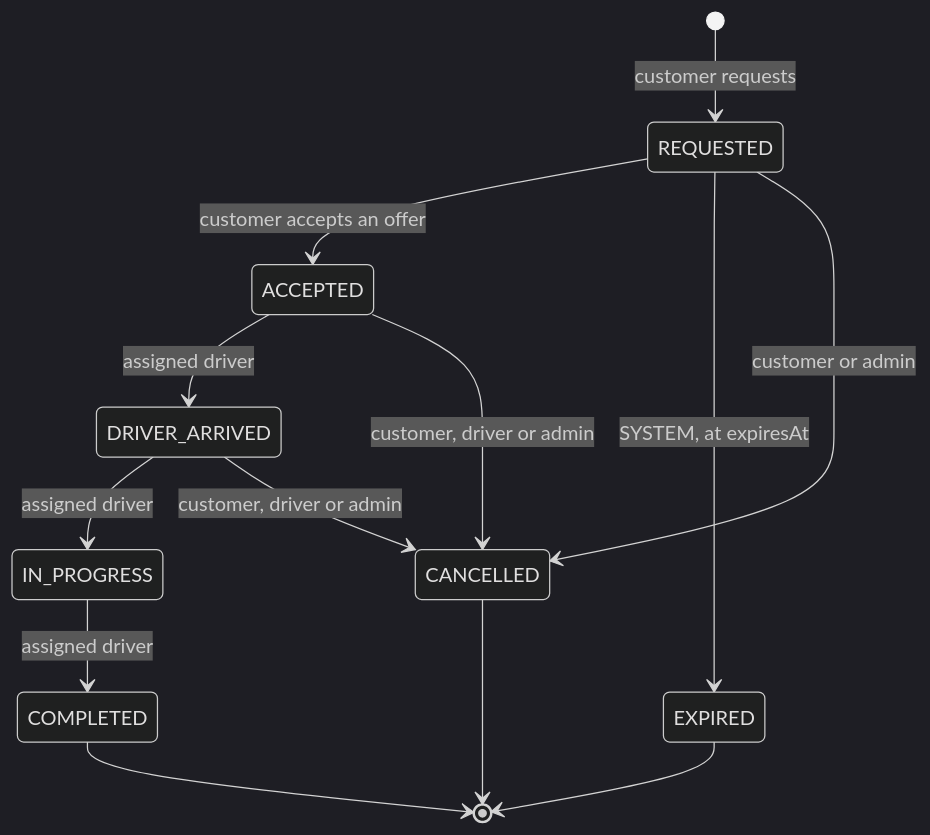
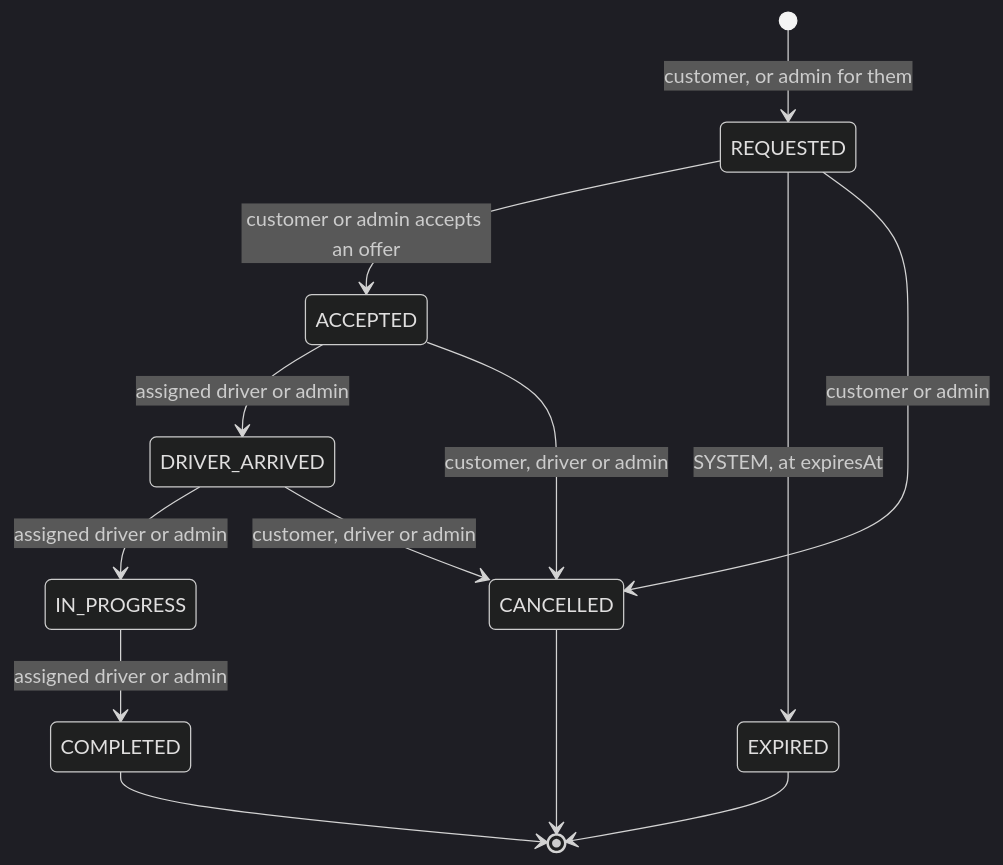
The third of 10 diagrams in docs/services/trip-service.md (Mohammed-Taysser/masr3), drawn with Mermaid (dark theme) before and after one commit. The commit also changed other lines of this file and 30 other files, not shown here.

````diff
--- a/docs/services/trip-service.md
+++ b/docs/services/trip-service.md
@@ -103,15 +105,15 @@
 ```mermaid
 stateDiagram-v2
-  [*] --> REQUESTED: customer requests
-  REQUESTED --> ACCEPTED: customer accepts an offer
+  [*] --> REQUESTED: customer, or admin for them
+  REQUESTED --> ACCEPTED: customer or admin accepts an offer
   REQUESTED --> EXPIRED: SYSTEM, at expiresAt
   REQUESTED --> CANCELLED: customer or admin
-  ACCEPTED --> DRIVER_ARRIVED: assigned driver
+  ACCEPTED --> DRIVER_ARRIVED: assigned driver or admin
   ACCEPTED --> CANCELLED: customer, driver or admin
-  DRIVER_ARRIVED --> IN_PROGRESS: assigned driver
+  DRIVER_ARRIVED --> IN_PROGRESS: assigned driver or admin
   DRIVER_ARRIVED --> CANCELLED: customer, driver or admin
-  IN_PROGRESS --> COMPLETED: assigned driver
+  IN_PROGRESS --> COMPLETED: assigned driver or admin
   COMPLETED --> [*]
   CANCELLED --> [*]
   EXPIRED --> [*]
 ```
````
